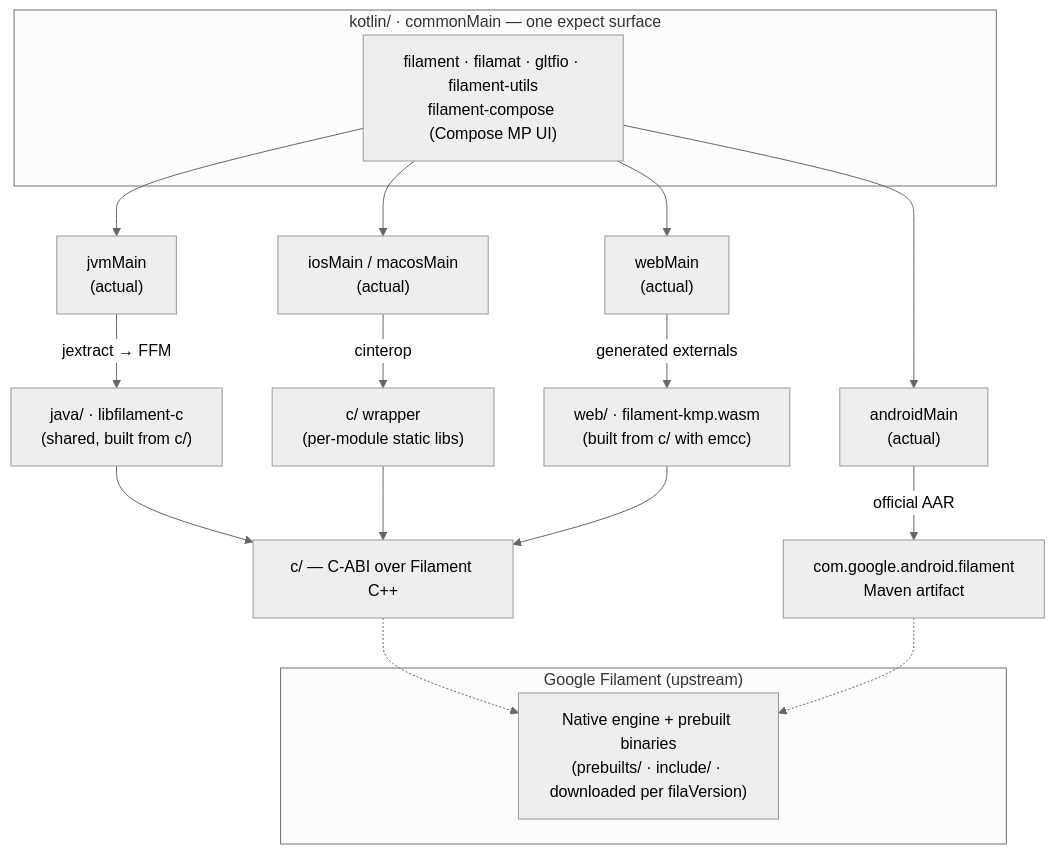
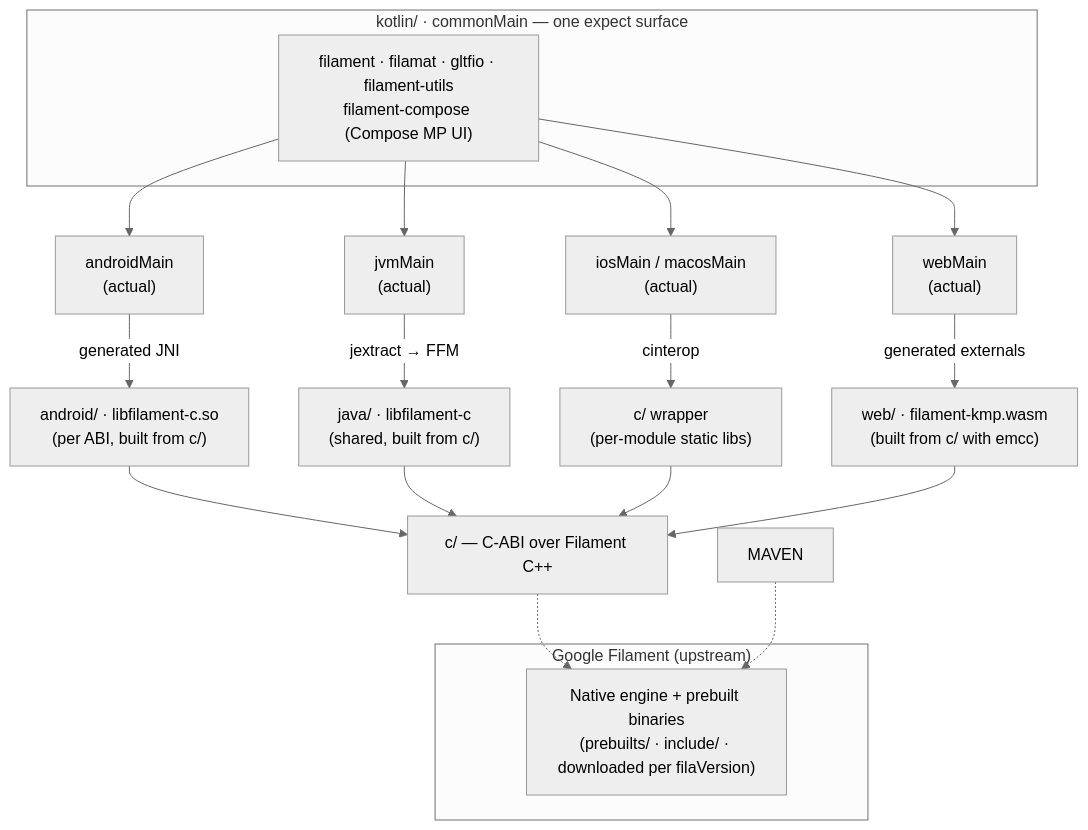
One commit to Erkko68/filament-kmp changed the diagram in docs/repo-structure.md. Above: the diagram before and after it, drawn with Mermaid (neutral theme). The commit also changed other lines of this file and 14 other files, not shown here.

First line of the commit message:
Publish :android as filament-jni, test it in CI, update docs

````diff
--- a/docs/repo-structure.md
+++ b/docs/repo-structure.md
@@ -11,27 +11,28 @@
 ```mermaid
 flowchart TB
     subgraph common["kotlin/ · commonMain — one expect surface"]
         API["filament · filamat · gltfio · filament-utils<br/>filament-compose (Compose MP UI)"]
     end
 
     API --> AND["androidMain<br/>(actual)"]
     API --> JVM["jvmMain<br/>(actual)"]
     API --> NAT["iosMain / macosMain<br/>(actual)"]
     API --> WEB["webMain<br/>(actual)"]
 
-    AND -->|official AAR| MAVEN["com.google.android.filament<br/>Maven artifact"]
+    AND -->|generated JNI| JNI["android/ · libfilament-c.so<br/>(per ABI, built from c/)"]
     JVM -->|jextract → FFM| FFM["java/ · libfilament-c<br/>(shared, built from c/)"]
     NAT -->|cinterop| CIN["c/ wrapper<br/>(per-module static libs)"]
     WEB -->|generated externals| JS["web/ · filament-kmp.wasm<br/>(built from c/ with emcc)"]
 
-    FFM --> CWRAP["c/ — C-ABI over Filament C++"]
+    JNI --> CWRAP["c/ — C-ABI over Filament C++"]
+    FFM --> CWRAP
     CIN --> CWRAP
     JS --> CWRAP
 
     CWRAP -.-> ENGINE
     MAVEN -.-> ENGINE
 
     subgraph upstream["Google Filament (upstream)"]
         ENGINE["Native engine + prebuilt binaries<br/>(prebuilts/ · include/ · downloaded per filaVersion)"]
     end
 ```
````
